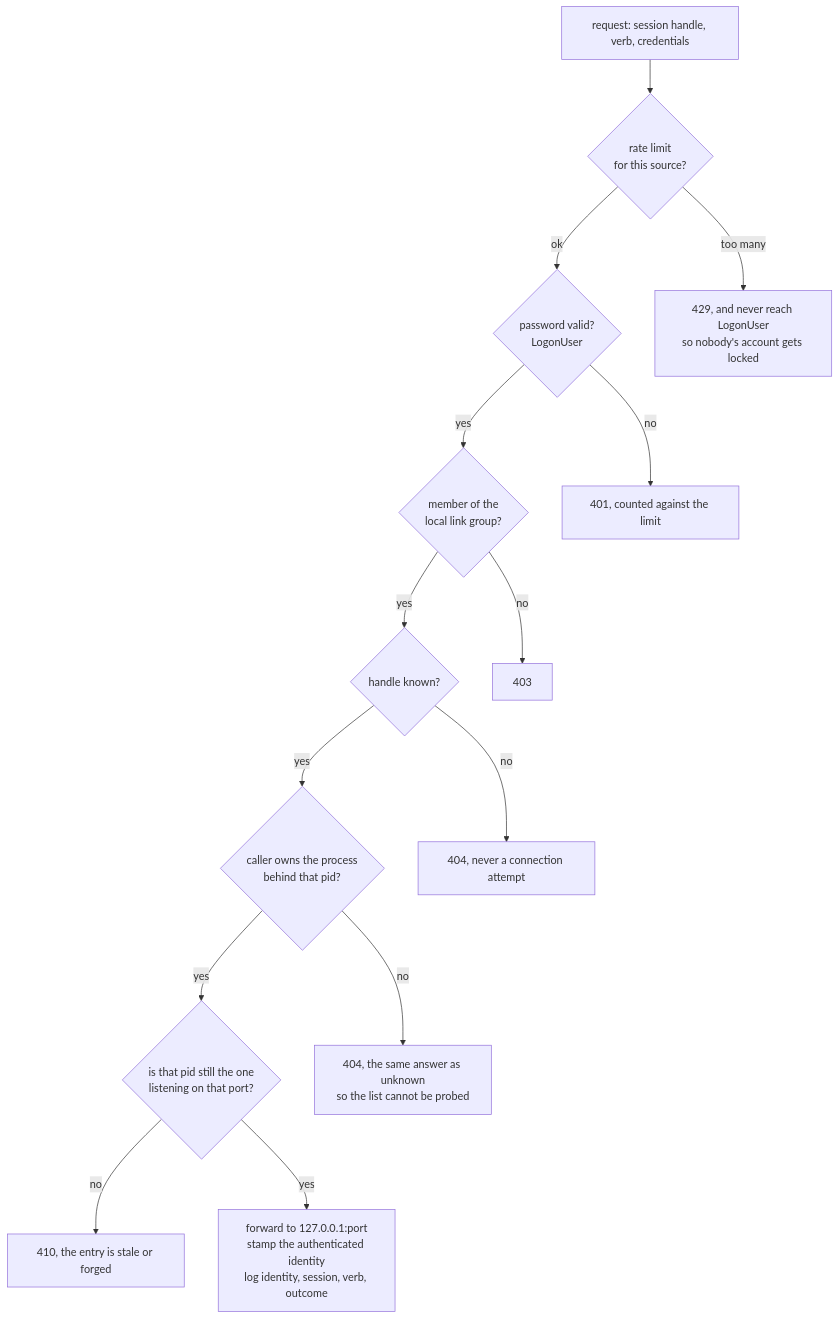
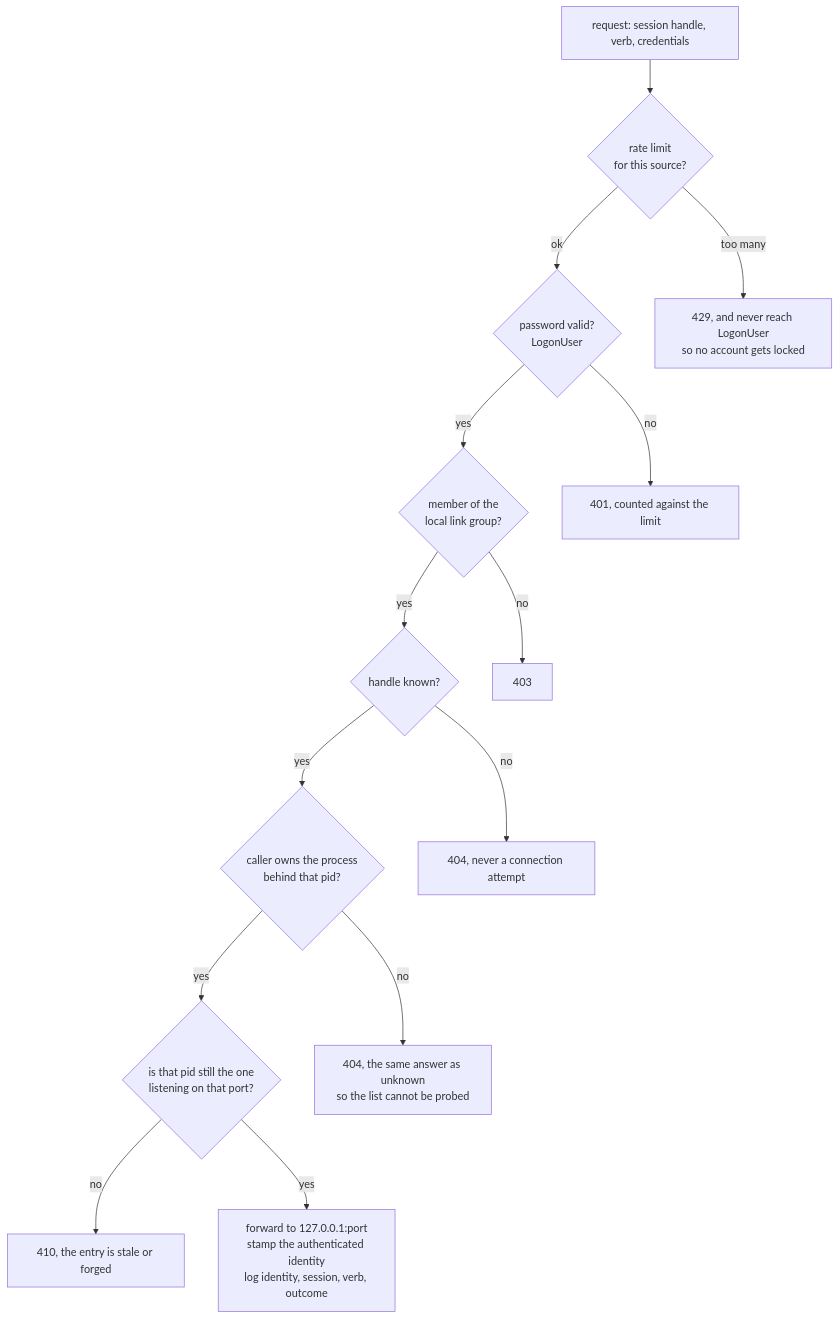
One commit to theObjectCo/Phenome changed the fifth of 5 diagrams in docs/link-over-the-network.md. Above: the diagram before and after it, drawn with Mermaid. The commit also changed other lines of this file and 61 other files, not shown here.

````diff
--- a/docs/link-over-the-network.md
+++ b/docs/link-over-the-network.md
@@ -232,25 +235,25 @@
 ```mermaid
 flowchart TB
     req["request: session handle, verb, credentials"]
     g1{"rate limit<br/>for this source?"}
     g2{"password valid?<br/>LogonUser"}
     g3{"member of the<br/>local link group?"}
     g4{"handle known?"}
     g5{"caller owns the process<br/>behind that pid?"}
     g6{"is that pid still the one<br/>listening on that port?"}
     ok["forward to 127.0.0.1:port<br/>stamp the authenticated identity<br/>log identity, session, verb, outcome"]
 
     req --> g1
-    g1 -->|"too many"| deny1["429, and never reach LogonUser<br/>so nobody's account gets locked"]
+    g1 -->|"too many"| deny1["429, and never reach LogonUser<br/>so no account gets locked"]
     g1 -->|ok| g2
     g2 -->|no| deny2["401, counted against the limit"]
     g2 -->|yes| g3
     g3 -->|no| deny3["403"]
     g3 -->|yes| g4
     g4 -->|no| deny4["404, never a connection attempt"]
     g4 -->|yes| g5
     g5 -->|no| deny5["404, the same answer as unknown<br/>so the list cannot be probed"]
     g5 -->|yes| g6
     g6 -->|no| deny6["410, the entry is stale or forged"]
     g6 -->|yes| ok
 ```
````
